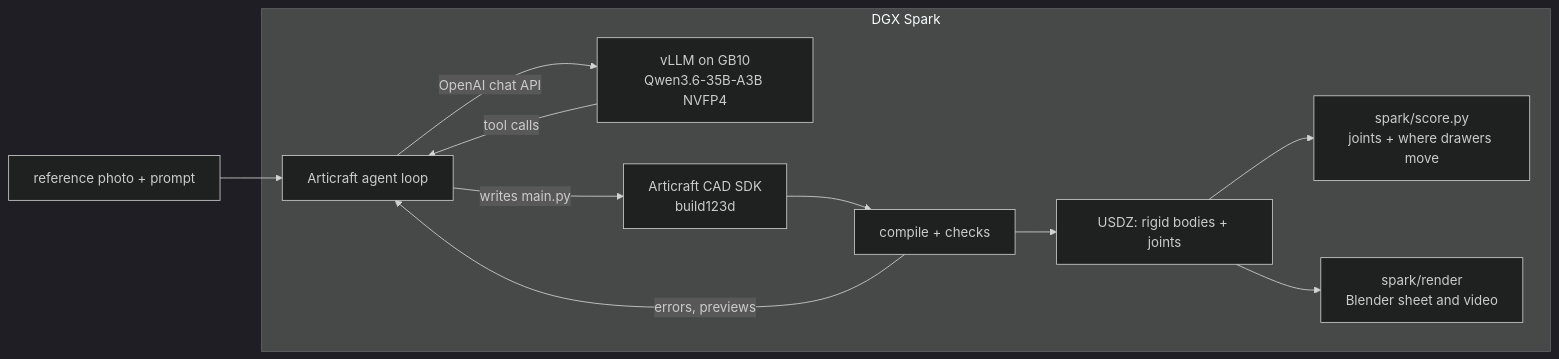
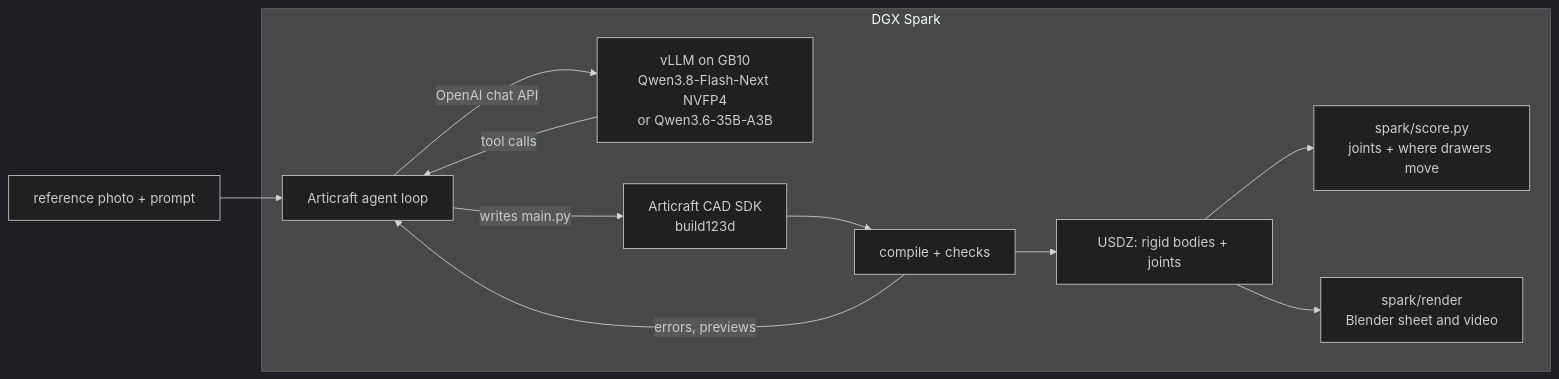
The diagram in README.md (gregcockroft/articraft-spark), drawn with Mermaid (dark theme) before and after one commit. The commit also changed other lines of this file and 1 other file, not shown here.

````diff
--- a/README.md
+++ b/README.md
@@ -214,14 +244,14 @@
 ```mermaid
 flowchart LR
   photo[reference photo + prompt] --> agent
   subgraph spark[DGX Spark]
-    agent[Articraft agent loop] -- OpenAI chat API --> vllm[vLLM on GB10<br/>Qwen3.6-35B-A3B NVFP4]
+    agent[Articraft agent loop] -- OpenAI chat API --> vllm[vLLM on GB10<br/>Qwen3.8-Flash-Next NVFP4<br/>or Qwen3.6-35B-A3B]
     vllm -- tool calls --> agent
     agent -- writes main.py --> sdk[Articraft CAD SDK<br/>build123d]
     sdk --> compile[compile + checks]
     compile -- errors, previews --> agent
     compile --> usdz[USDZ: rigid bodies + joints]
     usdz --> score[spark/score.py<br/>joints + where drawers move]
     usdz --> render[spark/render<br/>Blender sheet and video]
   end
 ```
````
